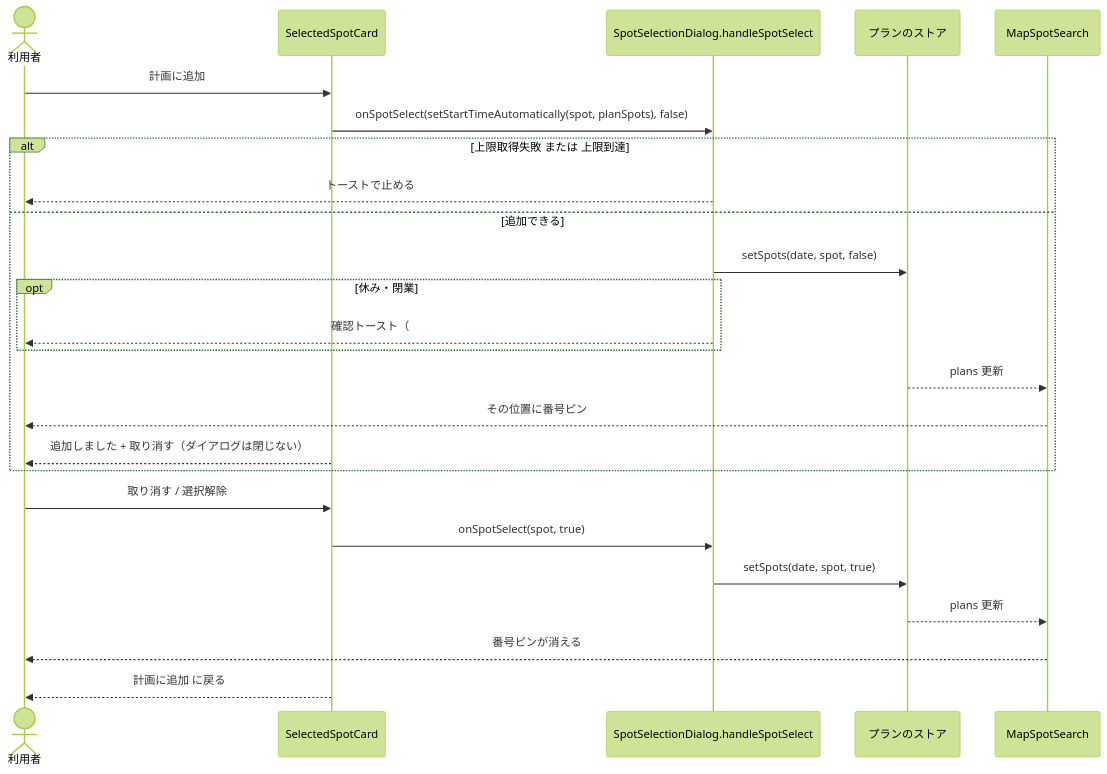
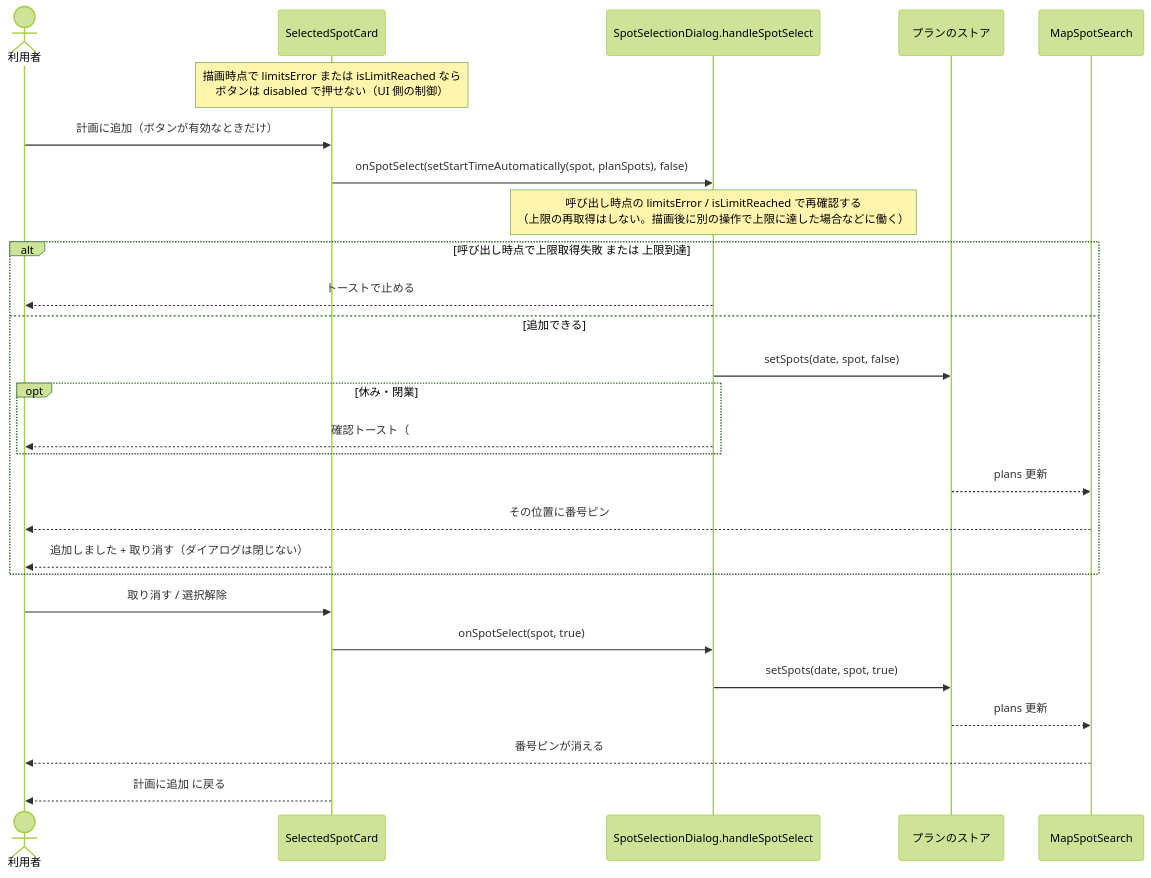
Before and after one commit to ju-ki/moptabi: the sixth of 7 diagrams in docs/tasks/No.341/No.341_処理フロー.md, drawn with Mermaid (forest theme). The commit also changed other lines of this file and 3 other files, not shown here.

````diff
--- a/docs/tasks/No.341/No.341_処理フロー.md
+++ b/docs/tasks/No.341/No.341_処理フロー.md
@@ -111,29 +121,31 @@
 ```mermaid
 sequenceDiagram
   actor U as 利用者
   participant Card as SelectedSpotCard
   participant Dialog as SpotSelectionDialog.handleSpotSelect
   participant Store as プランのストア
   participant Map as MapSpotSearch
 
-  U->>Card: 計画に追加
+  Note over Card: 描画時点で limitsError または isLimitReached なら<br/>ボタンは disabled で押せない（UI 側の制御）
+  U->>Card: 計画に追加（ボタンが有効なときだけ）
   Card->>Dialog: onSpotSelect(setStartTimeAutomatically(spot, planSpots), false)
-  alt 上限取得失敗 または 上限到達
+  Note over Dialog: 呼び出し時点の limitsError / isLimitReached で再確認する<br/>（上限の再取得はしない。描画後に別の操作で上限に達した場合などに働く）
+  alt 呼び出し時点で上限取得失敗 または 上限到達
     Dialog-->>U: トーストで止める
   else 追加できる
     Dialog->>Store: setSpots(date, spot, false)
     opt 休み・閉業
       Dialog-->>U: 確認トースト（#158）
     end
     Store-->>Map: plans 更新
     Map-->>U: その位置に番号ピン
     Card-->>U: 追加しました + 取り消す（ダイアログは閉じない）
   end
 
   U->>Card: 取り消す / 選択解除
   Card->>Dialog: onSpotSelect(spot, true)
   Dialog->>Store: setSpots(date, spot, true)
   Store-->>Map: plans 更新
   Map-->>U: 番号ピンが消える
   Card-->>U: 計画に追加 に戻る
 ```
````
